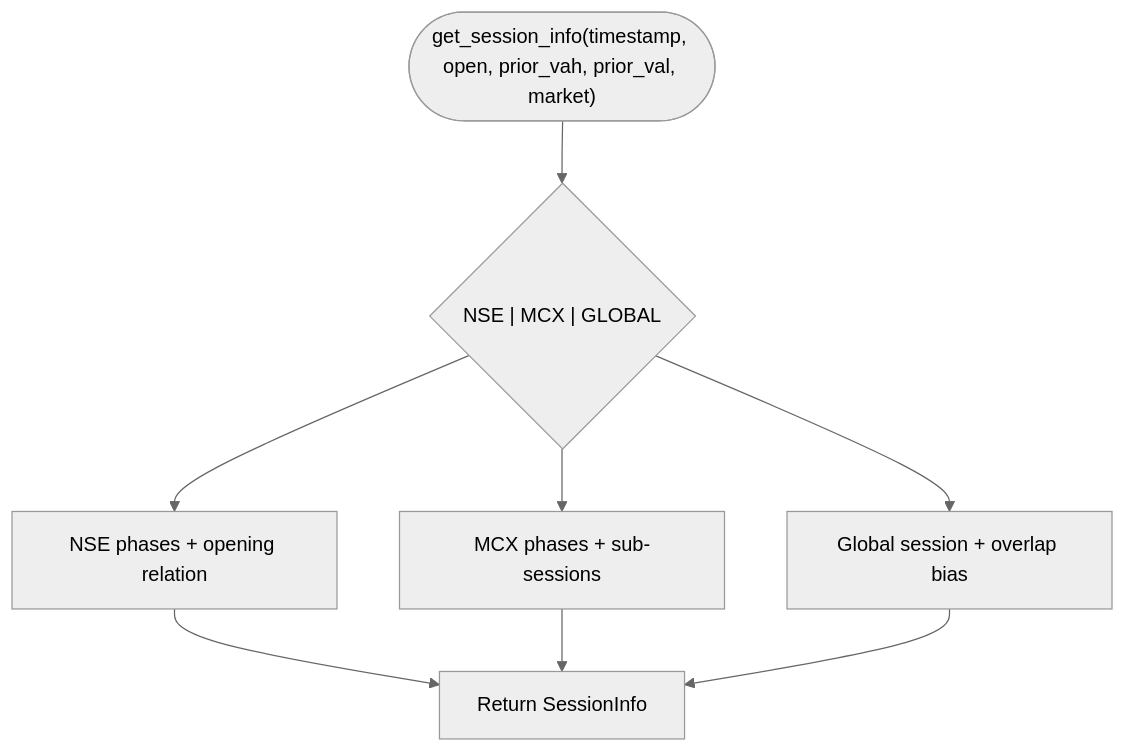
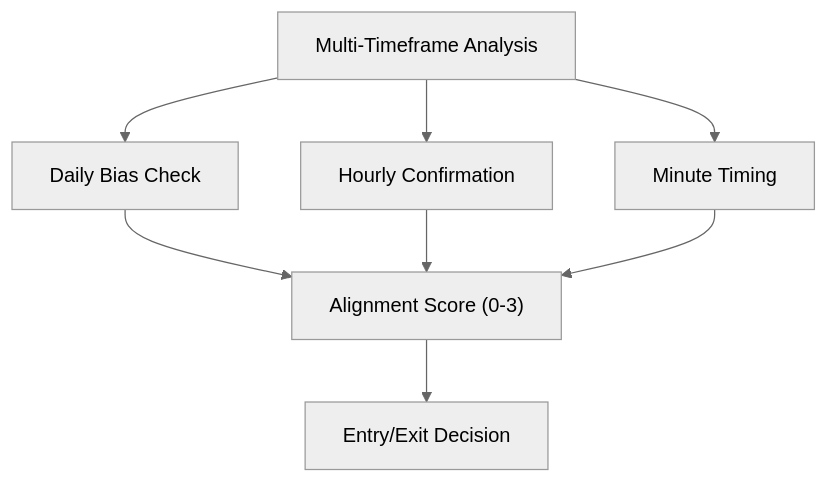
Before and after one commit to gemrajkhatry-maker/v5-of-glassytrade-ai: the sixth of 7 diagrams in .qoder/repowiki/en/content/Backend Application/Domain Services/Domain Services.md, drawn with Mermaid (neutral theme). The commit also changed other lines of this file and 930 other files, not shown here.

````diff
--- a/.qoder/repowiki/en/content/Backend Application/Domain Services/Domain Services.md
+++ b/.qoder/repowiki/en/content/Backend Application/Domain Services/Domain Services.md
@@ -394,10 +379,10 @@
 ```mermaid
 flowchart TD
-SessStart(["get_session_info(timestamp, open, prior_vah, prior_val, market)"]) --> MarketSel{"NSE | MCX | GLOBAL"}
-MarketSel --> NSE["NSE phases + opening relation"]
-MarketSel --> MCX["MCX phases + sub-sessions"]
-MarketSel --> GLB["Global session + overlap bias"]
-NSE --> Out["Return SessionInfo"]
-MCX --> Out
-GLB --> Out
+MTF["Multi-Timeframe Analysis"] --> Daily["Daily Bias Check"]
+MTF --> Hourly["Hourly Confirmation"]
+MTF --> Minute["Minute Timing"]
+Daily --> Score["Alignment Score (0-3)"]
+Hourly --> Score
+Minute --> Score
+Score --> Decision["Entry/Exit Decision"]
 ```
````
